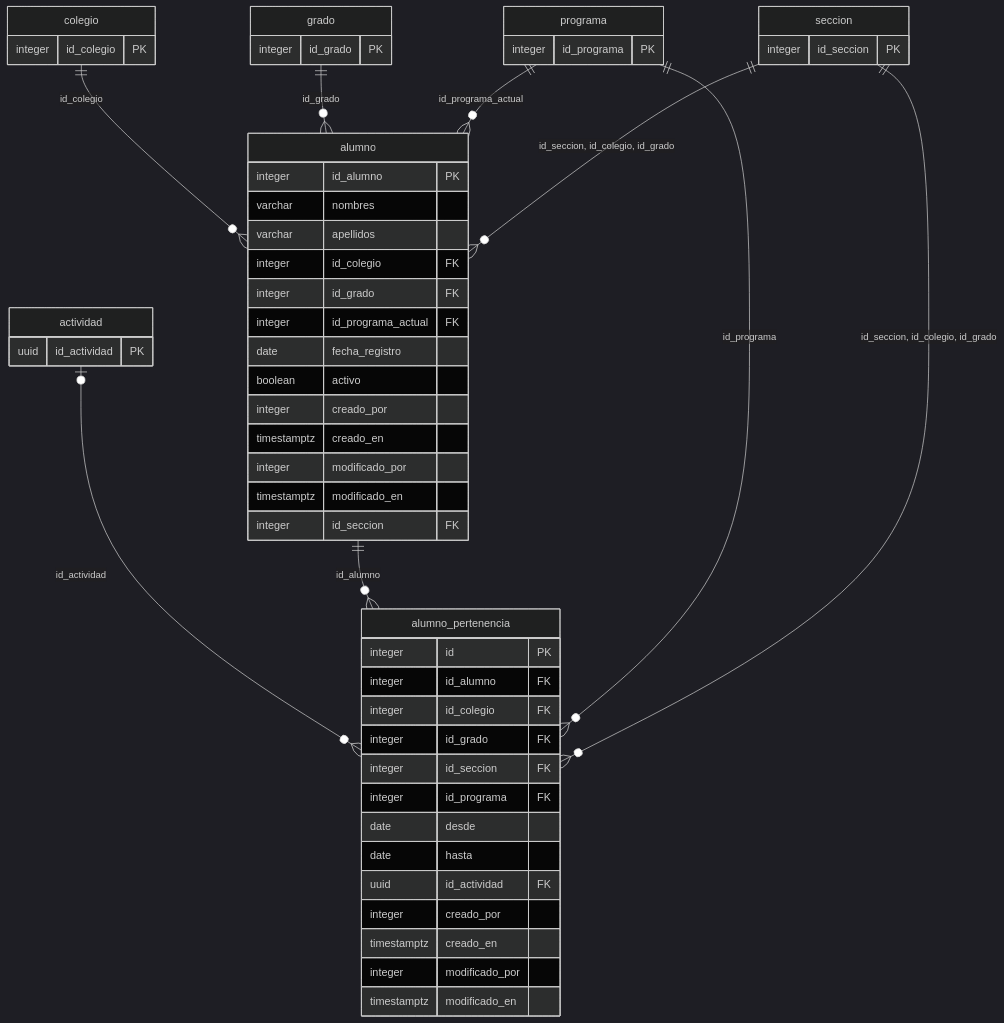
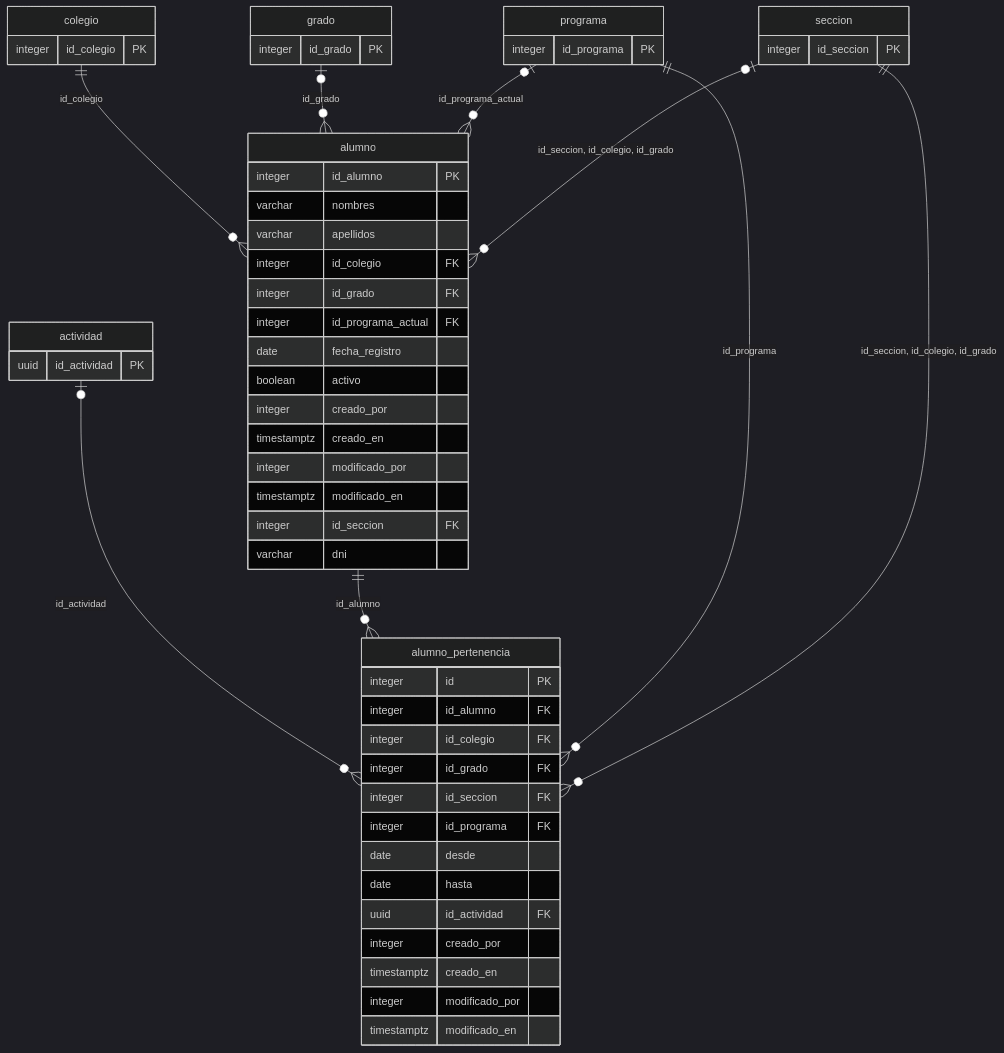
Before and after one commit to mision-huascaran/BCK-HUASCARAN: the third of 10 diagrams in docs/base-de-datos.md, drawn with Mermaid (dark theme). The commit also changed other lines of this file and 22 other files, not shown here.

First line of the commit message:
Tanda Q1: alumno con pertenencia pendiente y DNI (CU014)

````diff
--- a/docs/base-de-datos.md
+++ b/docs/base-de-datos.md
@@ -748,56 +748,57 @@
 ```mermaid
 erDiagram
     alumno {
         integer id_alumno PK
         varchar nombres
         varchar apellidos
         integer id_colegio FK
         integer id_grado FK
         integer id_programa_actual FK
         date fecha_registro
         boolean activo
         integer creado_por
         timestamptz creado_en
         integer modificado_por
         timestamptz modificado_en
         integer id_seccion FK
+        varchar dni
     }
     alumno_pertenencia {
         integer id PK
         integer id_alumno FK
         integer id_colegio FK
         integer id_grado FK
         integer id_seccion FK
         integer id_programa FK
         date desde
         date hasta
         uuid id_actividad FK
         integer creado_por
         timestamptz creado_en
         integer modificado_por
         timestamptz modificado_en
     }
     actividad {
         uuid id_actividad PK
     }
     colegio {
         integer id_colegio PK
     }
     grado {
         integer id_grado PK
     }
     programa {
         integer id_programa PK
     }
     seccion {
         integer id_seccion PK
     }
     colegio ||--o{ alumno : "id_colegio"
-    grado ||--o{ alumno : "id_grado"
-    programa ||--o{ alumno : "id_programa_actual"
-    seccion ||--o{ alumno : "id_seccion, id_colegio, id_grado"
+    grado |o--o{ alumno : "id_grado"
+    programa |o--o{ alumno : "id_programa_actual"
+    seccion |o--o{ alumno : "id_seccion, id_colegio, id_grado"
     actividad |o--o{ alumno_pertenencia : "id_actividad"
     alumno ||--o{ alumno_pertenencia : "id_alumno"
     programa ||--o{ alumno_pertenencia : "id_programa"
     seccion ||--o{ alumno_pertenencia : "id_seccion, id_colegio, id_grado"
 ```
````
